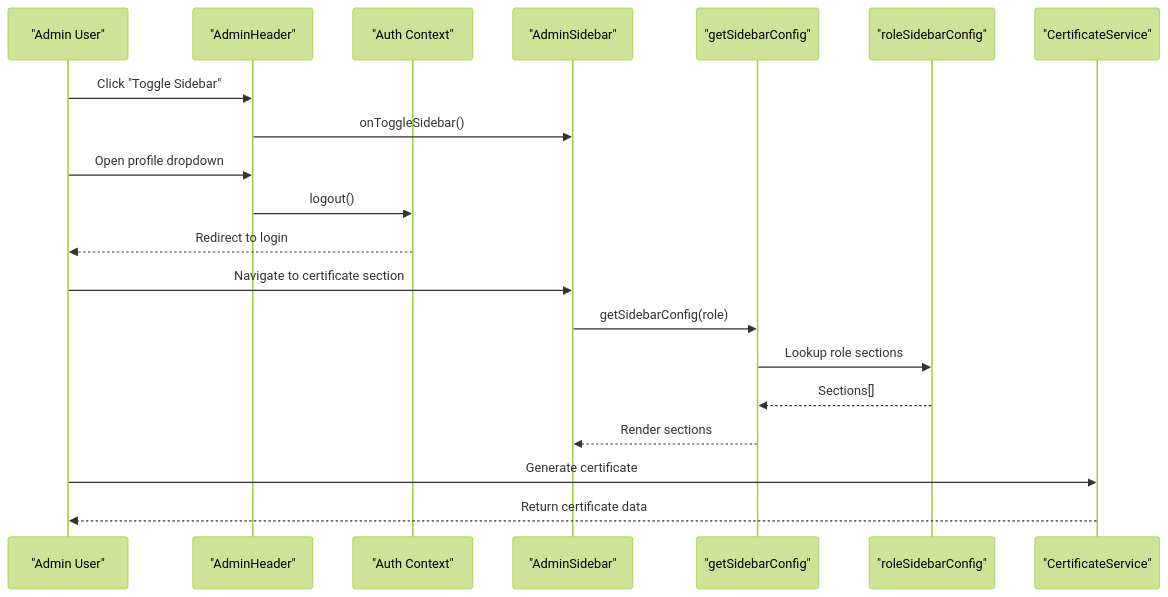
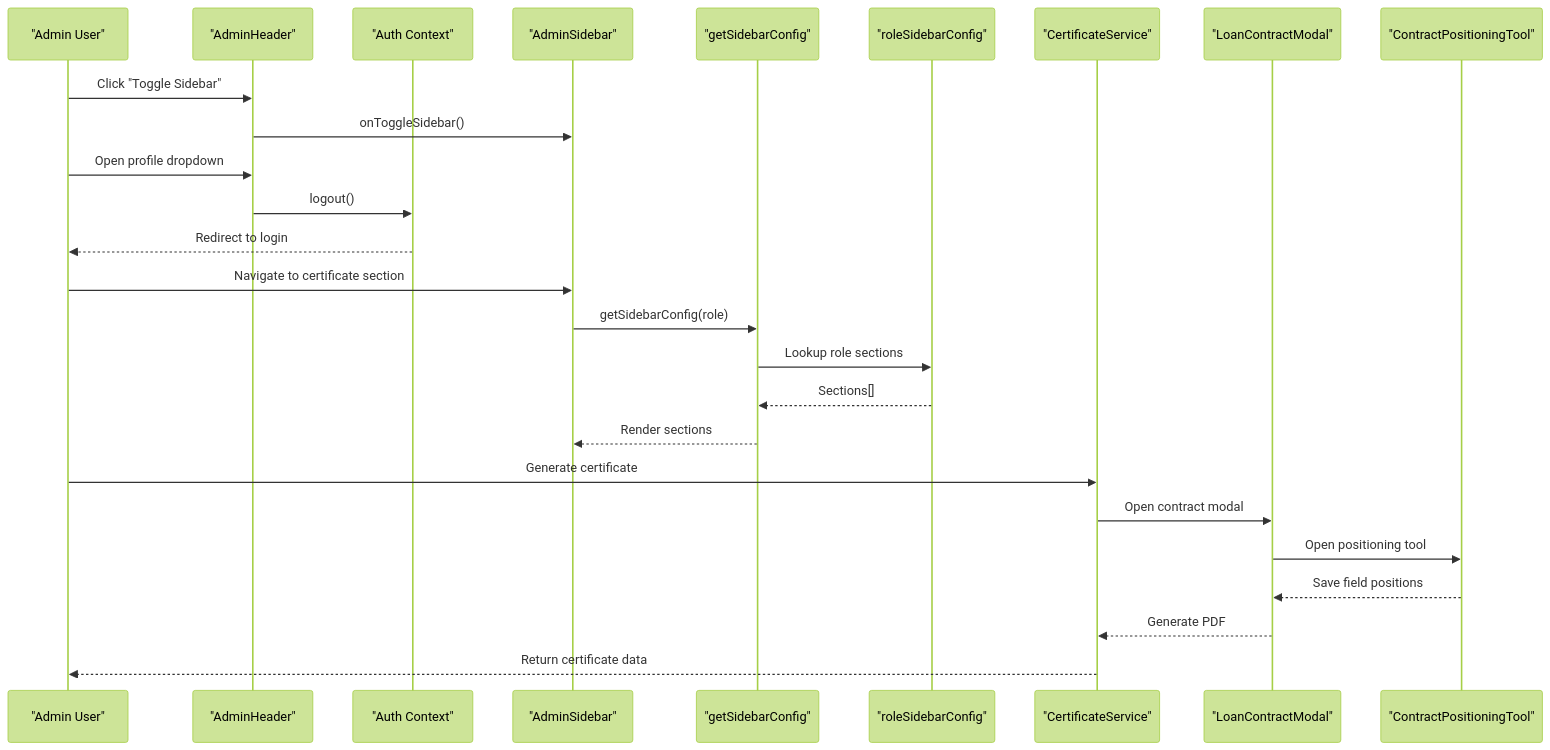
The second of 6 diagrams in .qoder/repowiki/en/content/UI Components & Design System/Administrative Components.md (Unsure-bry/sampacoop_system), drawn with Mermaid (forest theme) before and after one commit. The commit also changed other lines of this file and 9 other files, not shown here.

````diff
--- a/.qoder/repowiki/en/content/UI Components & Design System/Administrative Components.md
+++ b/.qoder/repowiki/en/content/UI Components & Design System/Administrative Components.md
@@ -179,22 +202,28 @@
 ```mermaid
 sequenceDiagram
 participant User as "Admin User"
 participant Header as "AdminHeader"
 participant Auth as "Auth Context"
 participant Sidebar as "AdminSidebar"
 participant Config as "getSidebarConfig"
 participant Role as "roleSidebarConfig"
 participant CertificateService as "CertificateService"
+participant ContractModal as "LoanContractModal"
+participant PositioningTool as "ContractPositioningTool"
 User->>Header : Click "Toggle Sidebar"
 Header->>Sidebar : onToggleSidebar()
 User->>Header : Open profile dropdown
 Header->>Auth : logout()
 Auth-->>User : Redirect to login
 User->>Sidebar : Navigate to certificate section
 Sidebar->>Config : getSidebarConfig(role)
 Config->>Role : Lookup role sections
 Role-->>Config : Sections[]
 Config-->>Sidebar : Render sections
 User->>CertificateService : Generate certificate
+CertificateService->>ContractModal : Open contract modal
+ContractModal->>PositioningTool : Open positioning tool
+PositioningTool-->>ContractModal : Save field positions
+ContractModal-->>CertificateService : Generate PDF
 CertificateService-->>User : Return certificate data
 ```
````
